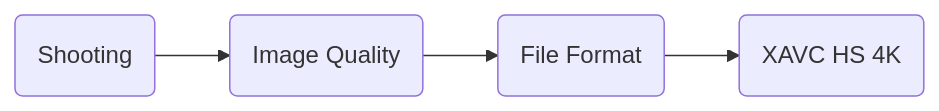
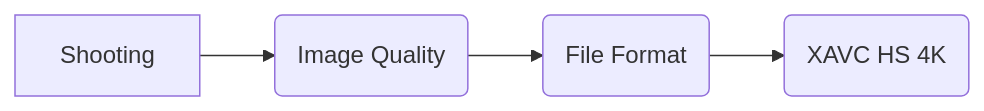
Before and after one commit to ruzickap/ruzickap.github.io: diagram 12 of 12 in _posts/2022/2022-09-02-my-sony-a7-iv-settings.md, drawn with Mermaid. The commit also changed other lines of this file, not shown here.

````diff
--- a/_posts/2022/2022-09-02-my-sony-a7-iv-settings.md
+++ b/_posts/2022/2022-09-02-my-sony-a7-iv-settings.md
@@ -27,4 +78,4 @@
 ```mermaid
 flowchart LR
-    A(Shooting) --> B(Image Quality) --> C(File Format) --> D(XAVC HS 4K)
+    A[Shooting] --> B(Image Quality) --> C(File Format) --> D(XAVC HS 4K)
 ```
````
